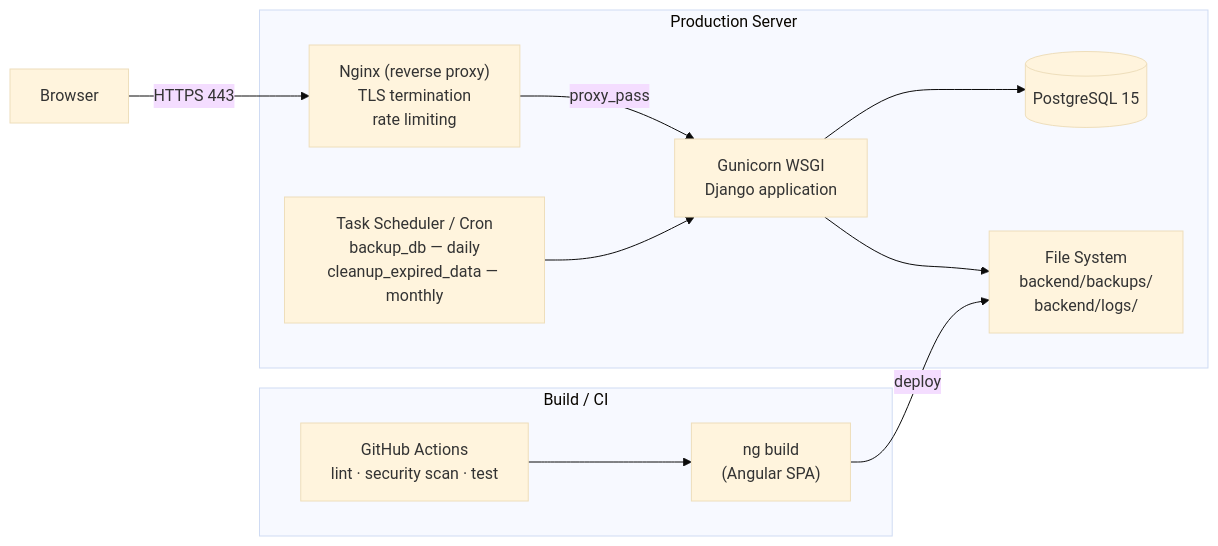
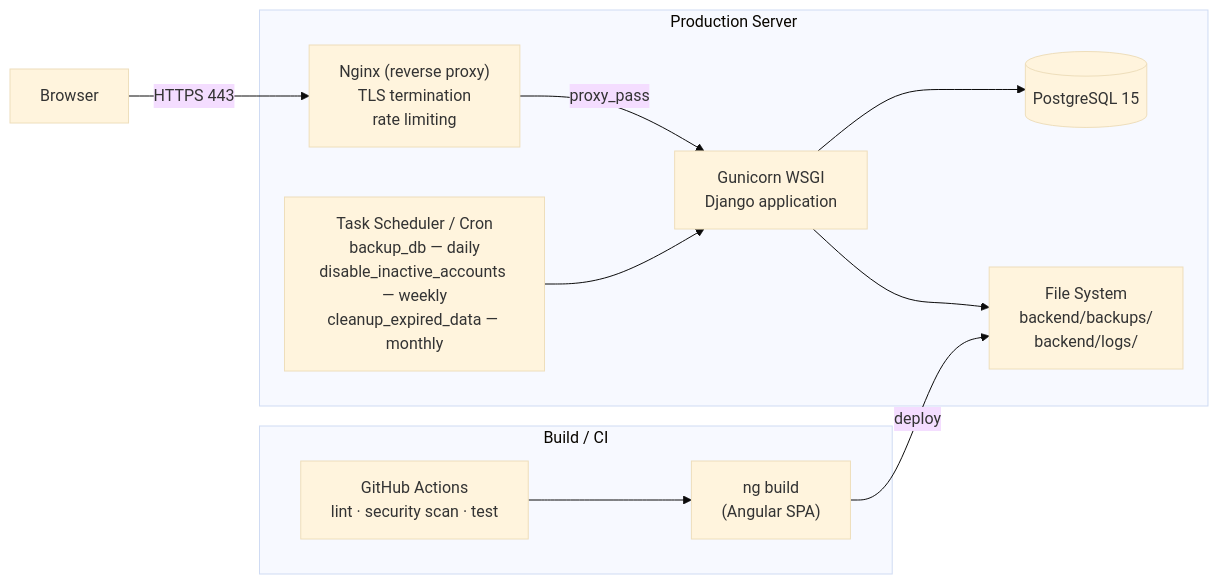
The sixth of 11 diagrams in docs/ARCHITECTURE.md (arslant84/tms.app), drawn with Mermaid (base theme) before and after one commit. The commit also changed other lines of this file and 1 other file, not shown here.

````diff
--- a/docs/ARCHITECTURE.md
+++ b/docs/ARCHITECTURE.md
@@ -236,23 +236,23 @@
 ```mermaid
 graph LR
     subgraph Prod["Production Server"]
         NG["Nginx (reverse proxy)<br/>TLS termination<br/>rate limiting"]
         GN["Gunicorn WSGI<br/>Django application"]
         PG2[("PostgreSQL 15")]
         FS["File System<br/>backend/backups/<br/>backend/logs/"]
-        CRON["Task Scheduler / Cron<br/>backup_db — daily<br/>cleanup_expired_data — monthly"]
+        CRON["Task Scheduler / Cron<br/>backup_db — daily<br/>disable_inactive_accounts — weekly<br/>cleanup_expired_data — monthly"]
     end
 
     subgraph Build["Build / CI"]
         GHA["GitHub Actions<br/>lint · security scan · test"]
         ANG["ng build<br/>(Angular SPA)"]
     end
 
     Browser -->|HTTPS 443| NG
     NG -->|proxy_pass| GN
     GN --> PG2
     GN --> FS
     CRON --> GN
     GHA --> ANG
     ANG -->|deploy| FS
 ```
````
